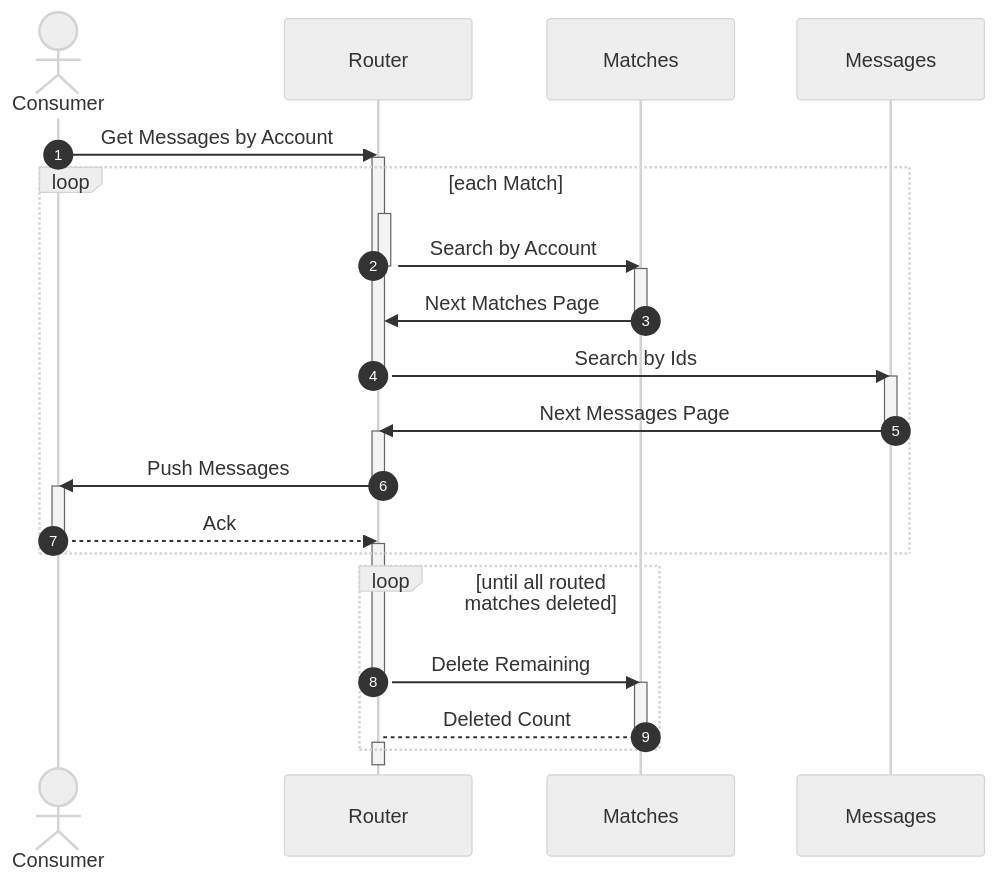
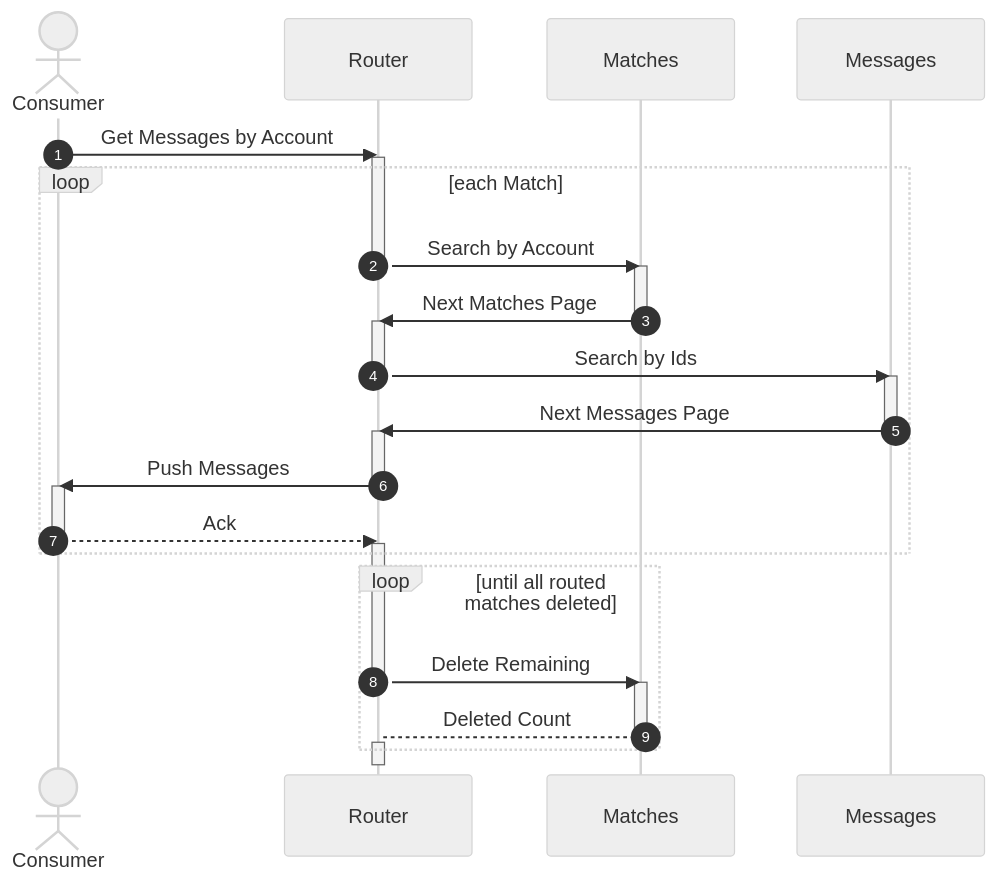
The second of 2 diagrams in profile/README.md (awakari/.github), drawn with Mermaid before and after one commit.

Commit message:
readme update

````diff
--- a/profile/README.md
+++ b/profile/README.md
@@ -179,58 +179,59 @@
 ```mermaid
 %%{init: {'theme': 'neutral' } }%%
 sequenceDiagram
 
     autonumber
 
     actor Consumer
     participant Router
     participant Matches
     participant Messages
 
     Consumer->>Router: Get Messages by Account
 
     activate Router
+    
     loop each Match      
     
-        activate Router
         Router->>Matches: Search by Account
         deactivate Router
         
         activate Matches
         Matches->>Router: Next Matches Page
         deactivate Matches
         
+        activate Router
         Router->>Messages: Search by Ids
         deactivate Router
     
         activate Messages
         Messages->>Router: Next Messages Page
         deactivate Messages
         
         activate Router
         Router->>Consumer: Push Messages
         deactivate Router
 
         activate Consumer
         Consumer-->>Router: Ack
         deactivate Consumer
         
         activate Router
     
     end
 
     loop until all routed matches deleted
     
         Router->>Matches: Delete Remaining
         deactivate Router
         
         activate Matches
         Matches-->Router: Deleted Count 
         deactivate Matches
         
         activate Router
         
     end
     
     deactivate Router
 ```
````
